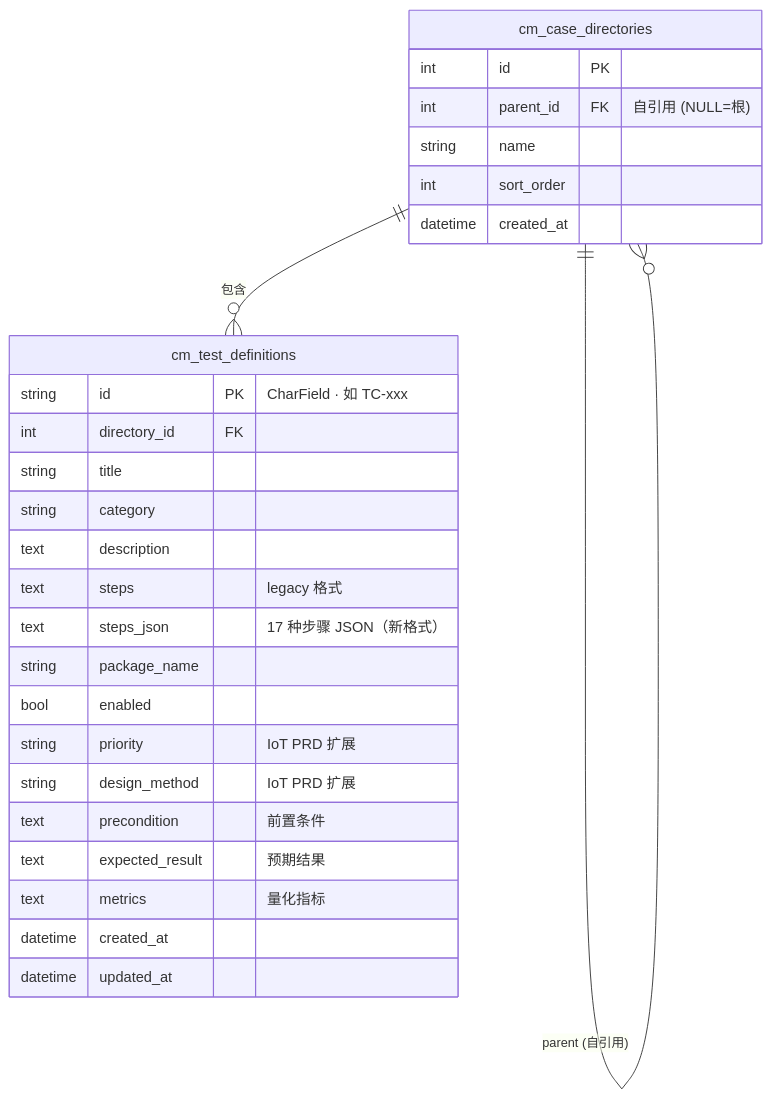
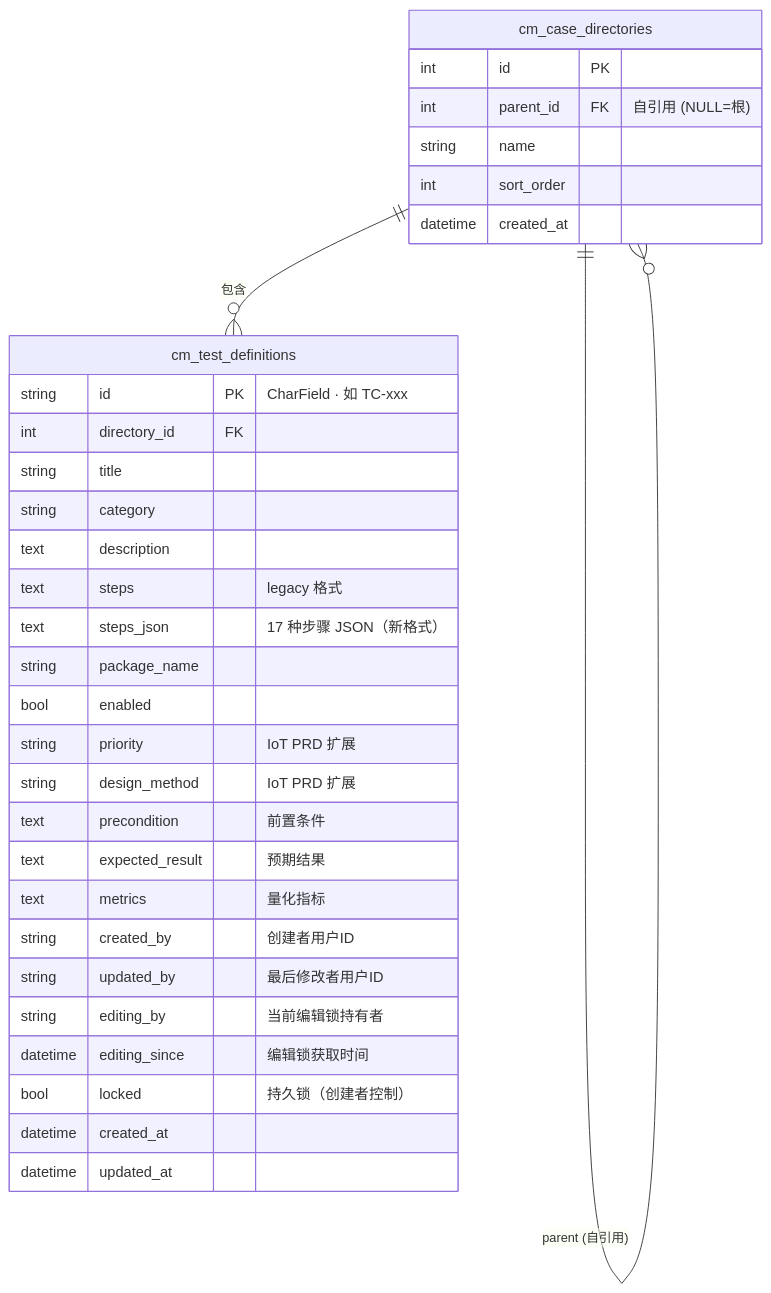
One commit to Kahoku-lazy/Android-AutoTests changed the second of 2 diagrams in dev_docs/03-设计与架构/ARCH-03-用例管理.md. Above: the diagram before and after it, drawn with Mermaid. The commit also changed other lines of this file and 201 other files, not shown here.

````diff
--- a/dev_docs/03-设计与架构/ARCH-03-用例管理.md
+++ b/dev_docs/03-设计与架构/ARCH-03-用例管理.md
@@ -176,32 +183,37 @@
 ```mermaid
 erDiagram
     cm_case_directories ||--o{ cm_case_directories : "parent (自引用)"
     cm_case_directories ||--o{ cm_test_definitions : "包含"
 
     cm_case_directories {
         int id PK
         int parent_id FK "自引用 (NULL=根)"
         string name
         int sort_order
         datetime created_at
     }
 
     cm_test_definitions {
         string id PK "CharField · 如 TC-xxx"
         int directory_id FK
         string title
         string category
         text description
         text steps "legacy 格式"
         text steps_json "17 种步骤 JSON（新格式）"
         string package_name
         bool enabled
         string priority "IoT PRD 扩展"
         string design_method "IoT PRD 扩展"
         text precondition "前置条件"
         text expected_result "预期结果"
         text metrics "量化指标"
+        string created_by "创建者用户ID"
+        string updated_by "最后修改者用户ID"
+        string editing_by "当前编辑锁持有者"
+        datetime editing_since "编辑锁获取时间"
+        bool locked "持久锁（创建者控制）"
         datetime created_at
         datetime updated_at
     }
 ```
````
